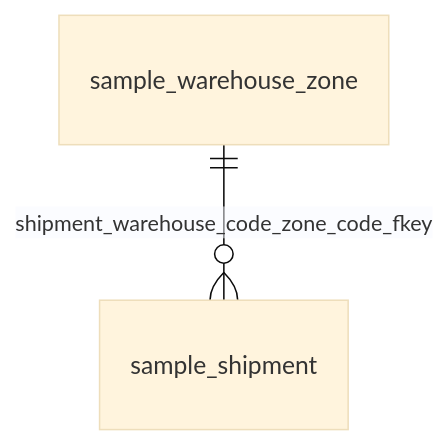
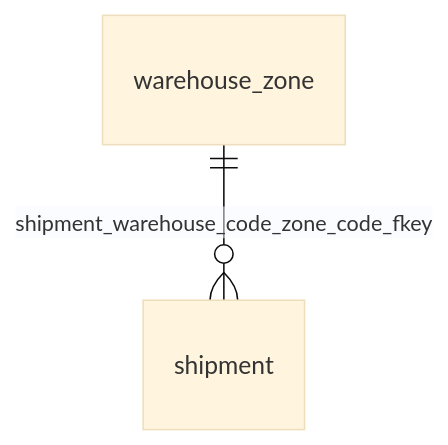
One commit to ebichan88/exportTableDefinition changed the diagram in docs/sample/postgres/output/testdb/viewpoint_testdb_logistics.md. Above: the diagram before and after it, drawn with Mermaid (base theme). The commit also changed other lines of this file and 46 other files, not shown here.

First line of the commit message:
ER図のエンティティ表示ラベルをMermaidの別名構文でテーブル名のみに簡素化

````diff
--- a/docs/sample/postgres/output/testdb/viewpoint_testdb_logistics.md
+++ b/docs/sample/postgres/output/testdb/viewpoint_testdb_logistics.md
@@ -11,4 +11,6 @@
 ```mermaid
 erDiagram
+    sample_shipment["shipment"]
+    sample_warehouse_zone["warehouse_zone"]
     sample_warehouse_zone ||--o{ sample_shipment : "shipment_warehouse_code_zone_code_fkey"
 ```
````
